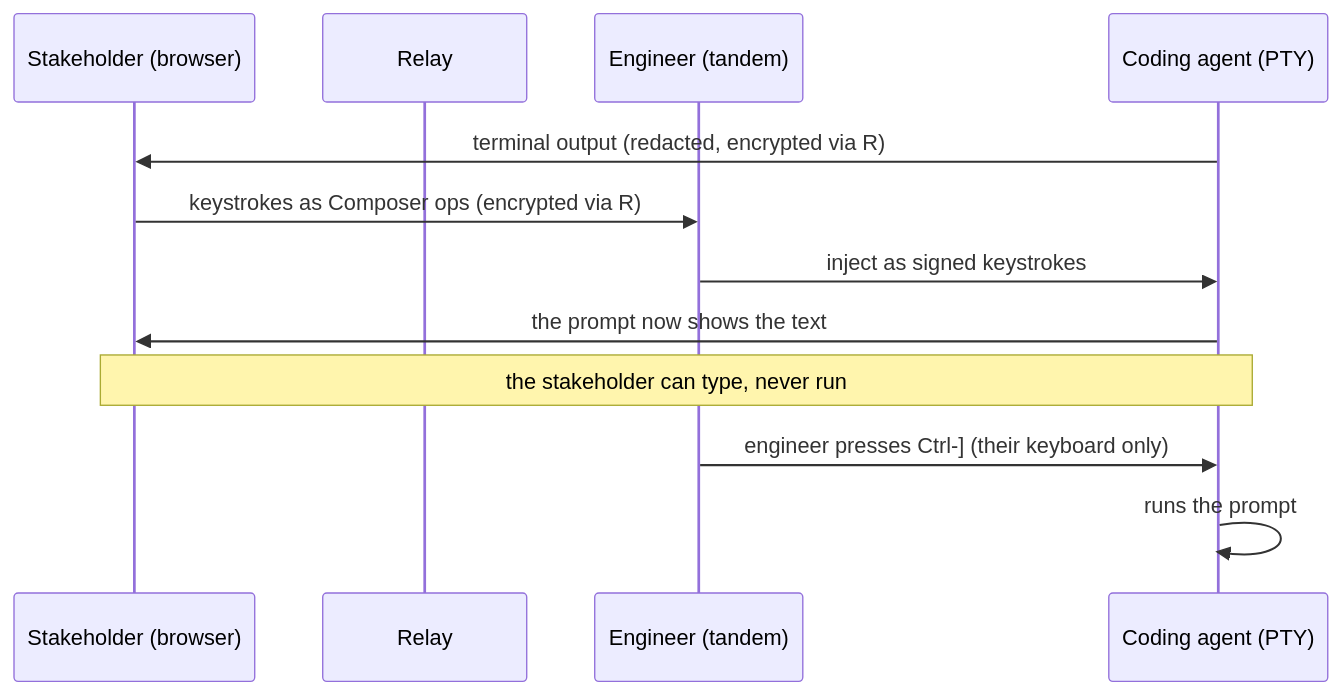
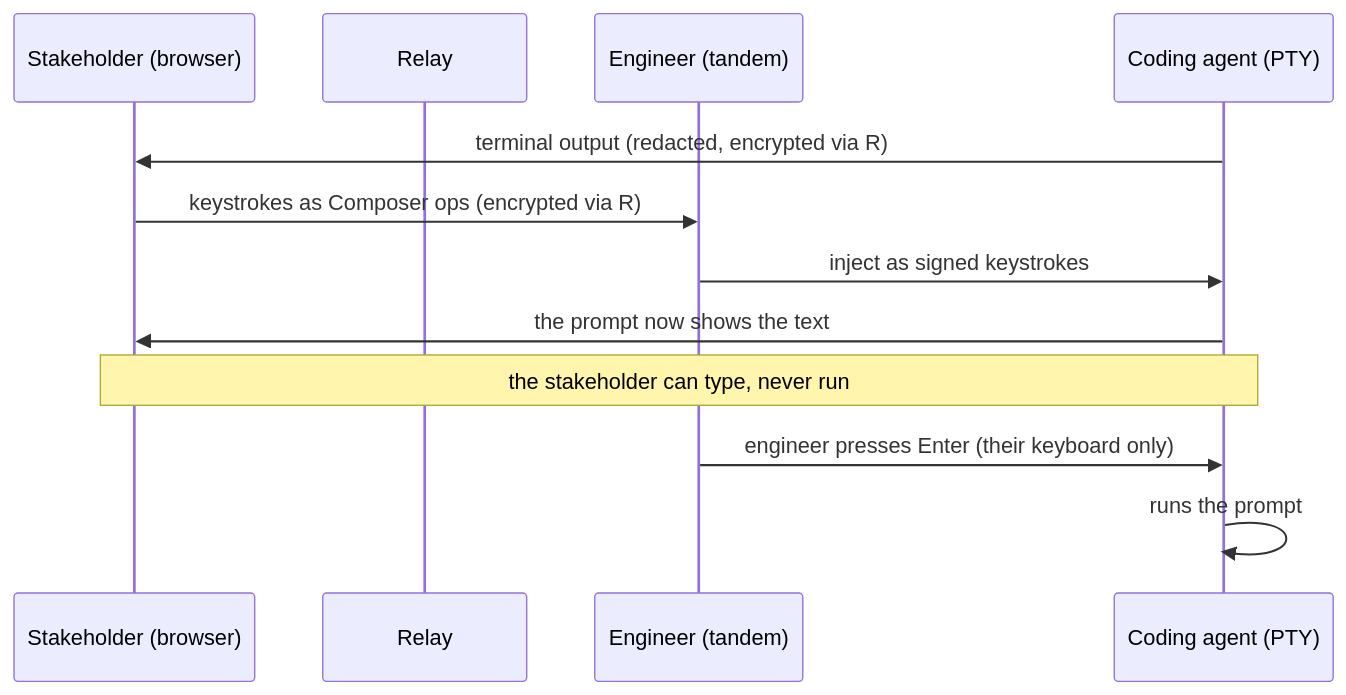
One commit to mherzog4/tandem changed the second of 2 diagrams in README.md. Above: the diagram before and after it, drawn with Mermaid. The commit also changed other lines of this file and 9 other files, not shown here.

````diff
--- a/README.md
+++ b/README.md
@@ -69,15 +69,15 @@
 ```mermaid
 sequenceDiagram
     participant G as Stakeholder (browser)
     participant R as Relay
     participant H as Engineer (tandem)
     participant A as Coding agent (PTY)
 
     A->>G: terminal output (redacted, encrypted via R)
     G->>H: keystrokes as Composer ops (encrypted via R)
     H->>A: inject as signed keystrokes
     A->>G: the prompt now shows the text
     Note over G,A: the stakeholder can type, never run
-    H->>A: engineer presses Ctrl-] (their keyboard only)
+    H->>A: engineer presses Enter (their keyboard only)
     A->>A: runs the prompt
 ```
````
